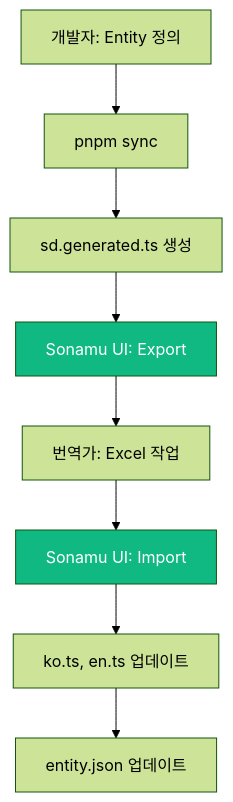
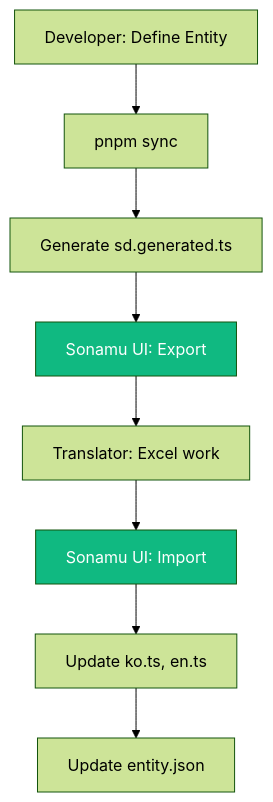
The second of 2 diagrams in modules/docs/en/advanced-features/i18n/excel-import.mdx (cartanova-ai/sonamu), drawn with Mermaid (forest theme) before and after one commit. The commit also changed other lines of this file and 86 other files, not shown here.

````diff
--- a/modules/docs/en/advanced-features/i18n/excel-import.mdx
+++ b/modules/docs/en/advanced-features/i18n/excel-import.mdx
@@ -71,13 +71,13 @@
 ```mermaid
 flowchart TD
-    A[개발자: Entity 정의] --> B[pnpm sync]
-    B --> C[sd.generated.ts 생성]
+    A[Developer: Define Entity] --> B[pnpm sync]
+    B --> C[Generate sd.generated.ts]
     C --> D[Sonamu UI: Export]
-    D --> E[번역가: Excel 작업]
+    D --> E[Translator: Excel work]
     E --> F[Sonamu UI: Import]
-    F --> G[ko.ts, en.ts 업데이트]
-    G --> H[entity.json 업데이트]
-    
+    F --> G[Update ko.ts, en.ts]
+    G --> H[Update entity.json]
+
     style D fill:#10b981,color:#fff
     style F fill:#10b981,color:#fff
 ```
````
